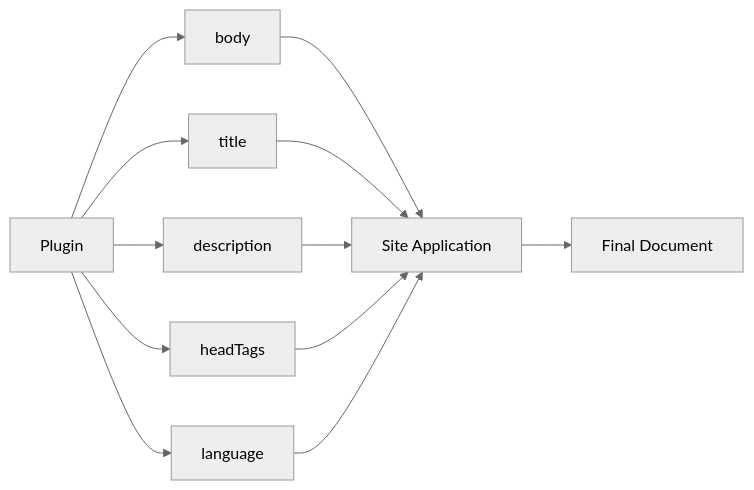
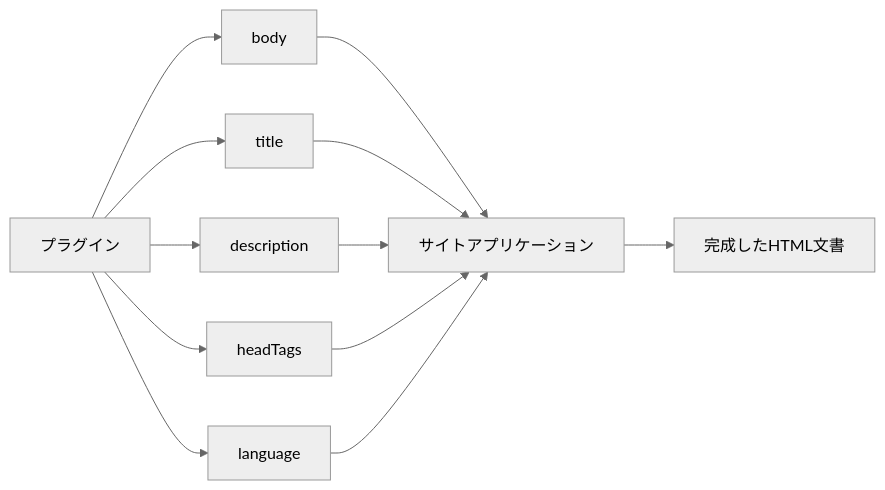
One commit to Rerurate514/riebeckite changed diagram 12 of 14 in docs/docs/framework/page-system.ja.md. Above: the diagram before and after it, drawn with Mermaid (neutral theme). The commit also changed other lines of this file and 310 other files, not shown here.

````diff
--- a/docs/docs/framework/page-system.ja.md
+++ b/docs/docs/framework/page-system.ja.md
@@ -427,18 +385,18 @@
 ```mermaid id="h81lcz"
 flowchart LR
-    Plugin["Plugin"]
+    Plugin["プラグイン"]
 
     Plugin --> Body["body"]
     Plugin --> Title["title"]
     Plugin --> Description["description"]
     Plugin --> Head["headTags"]
     Plugin --> Language["language"]
 
-    Body --> Site["Site Application"]
+    Body --> Site["サイトアプリケーション"]
     Title --> Site
     Description --> Site
     Head --> Site
     Language --> Site
 
-    Site --> Document["Final Document"]
+    Site --> Document["完成したHTML文書"]
 ```
````
